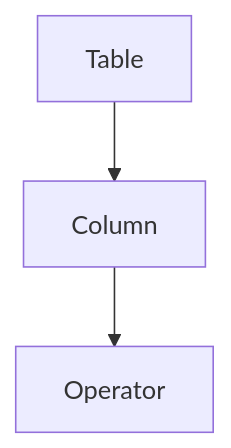
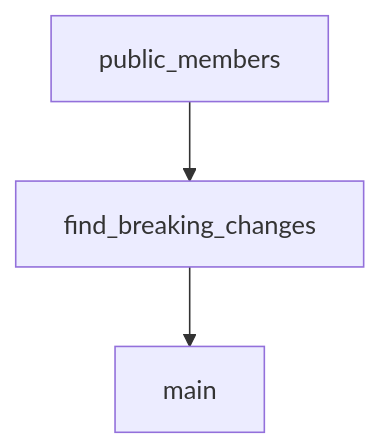
One commit to johnxie/awesome-code-docs changed the diagram in tutorials/openai-python-sdk-tutorial/01-getting-started.md. Above: the diagram before and after it, drawn with Mermaid. The commit also changed other lines of this file and 1232 other files, not shown here.

````diff
--- a/tutorials/openai-python-sdk-tutorial/01-getting-started.md
+++ b/tutorials/openai-python-sdk-tutorial/01-getting-started.md
@@ -201,8 +199,8 @@
 ```mermaid
 flowchart TD
-    A[Table]
-    B[Column]
-    C[Operator]
+    A[public_members]
+    B[find_breaking_changes]
+    C[main]
     A --> B
     B --> C
 ```
````
